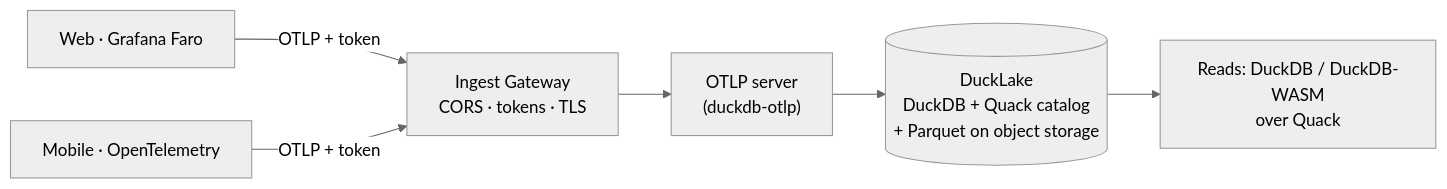
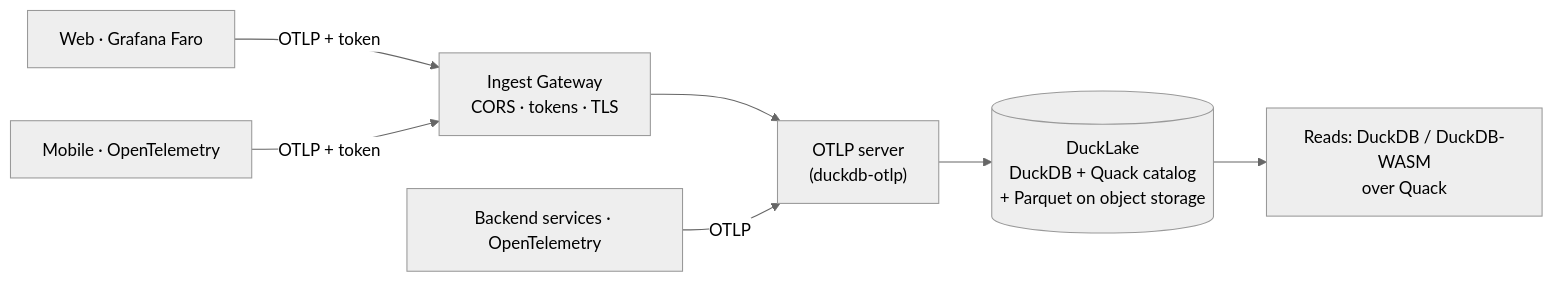
Before and after one commit to Angelerator/nilalytics: the diagram in docs/index.md, drawn with Mermaid (neutral theme). The commit also changed other lines of this file and 4 other files, not shown here.

````diff
--- a/docs/index.md
+++ b/docs/index.md
@@ -24,8 +24,9 @@
 ```mermaid
 flowchart LR
   W["Web · Grafana Faro"] -->|OTLP + token| GW
   M["Mobile · OpenTelemetry"] -->|OTLP + token| GW
   GW["Ingest Gateway<br/>CORS · tokens · TLS"] --> SRV["OTLP server<br/>(duckdb-otlp)"]
+  B["Backend services · OpenTelemetry"] -->|OTLP| SRV
   SRV --> LAKE[("DuckLake<br/>DuckDB + Quack catalog<br/>+ Parquet on object storage")]
   LAKE --> READ["Reads: DuckDB / DuckDB-WASM<br/>over Quack"]
 ```
````
